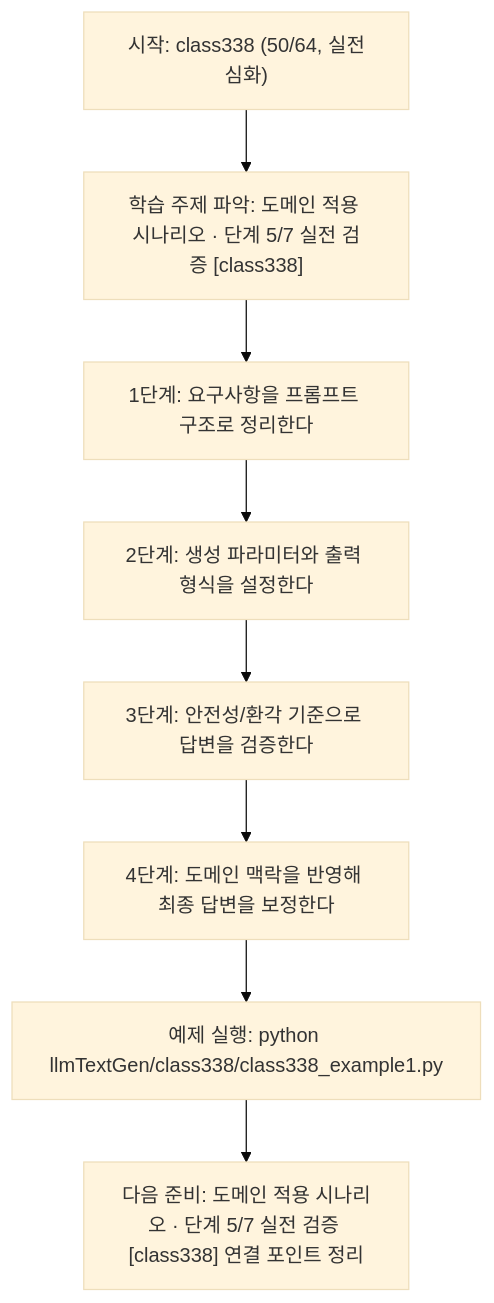
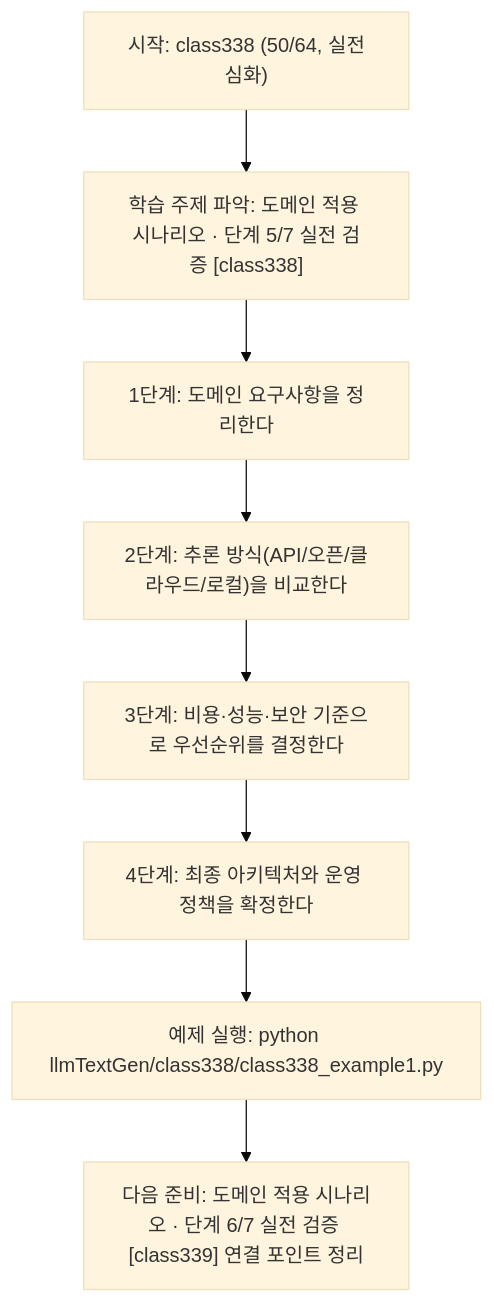
The diagram in llmTextGen/class338/class338.md (edumgt/Python-AI_Agent-Class), drawn with Mermaid (base theme) before and after one commit. The commit also changed other lines of this file and 451 other files, not shown here.

````diff
--- a/llmTextGen/class338/class338.md
+++ b/llmTextGen/class338/class338.md
@@ -114,18 +95,18 @@
 ```mermaid
 flowchart TD
 N1["시작: class338 (50/64, 실전심화)"]
 N2["학습 주제 파악: 도메인 적용 시나리오 · 단계 5/7 실전 검증 [class338]"]
-N3["1단계: 요구사항을 프롬프트 구조로 정리한다"]
-N4["2단계: 생성 파라미터와 출력 형식을 설정한다"]
-N5["3단계: 안전성/환각 기준으로 답변을 검증한다"]
-N6["4단계: 도메인 맥락을 반영해 최종 답변을 보정한다"]
+N3["1단계: 도메인 요구사항을 정리한다"]
+N4["2단계: 추론 방식(API/오픈/클라우드/로컬)을 비교한다"]
+N5["3단계: 비용·성능·보안 기준으로 우선순위를 결정한다"]
+N6["4단계: 최종 아키텍처와 운영 정책을 확정한다"]
 N7["예제 실행: python llmTextGen/class338/class338_example1.py"]
-N8["다음 준비: 도메인 적용 시나리오 · 단계 5/7 실전 검증 [class338] 연결 포인트 정리"]
+N8["다음 준비: 도메인 적용 시나리오 · 단계 6/7 실전 검증 [class339] 연결 포인트 정리"]
 N1 --> N2
 N2 --> N3
 N3 --> N4
 N4 --> N5
 N5 --> N6
 N6 --> N7
 N7 --> N8
 ```
````
